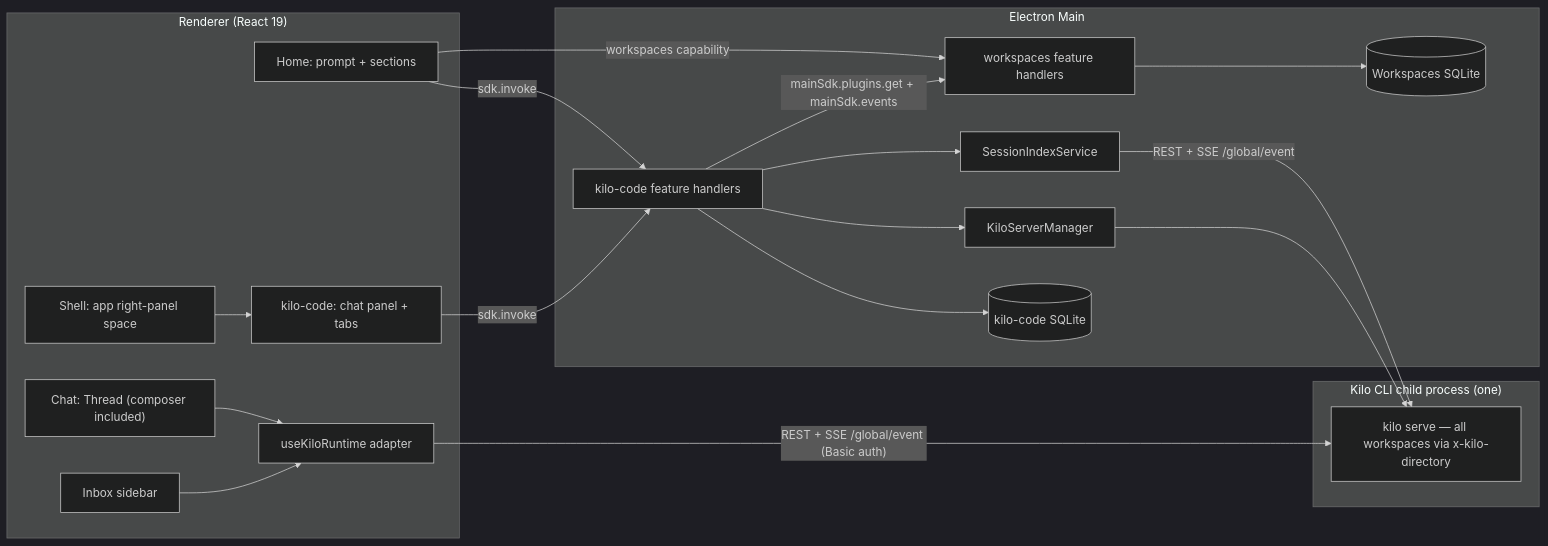
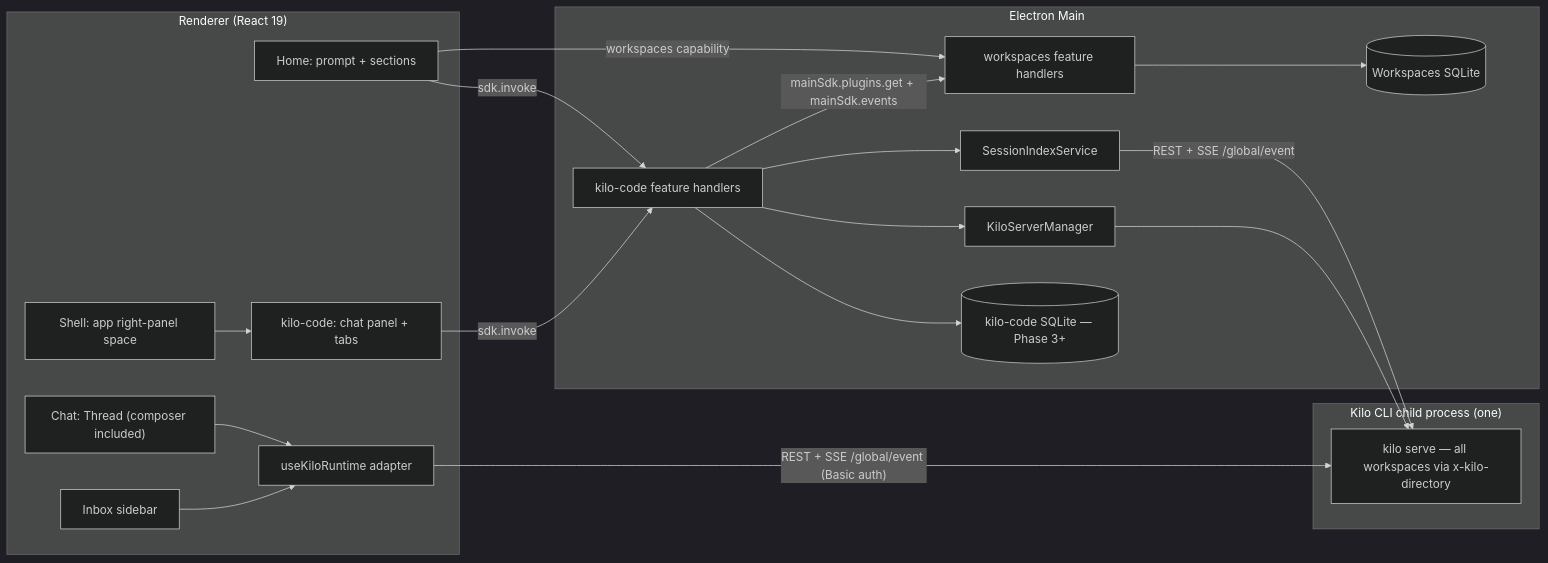
Before and after one commit to Kilo-Org/kilo-desktop: the first of 2 diagrams in docs/kilo-code-integration.md, drawn with Mermaid (dark theme). The commit also changed other lines of this file and 27 other files, not shown here.

Commit message:
Bundle and start the Kilo Code server

````diff
--- a/docs/kilo-code-integration.md
+++ b/docs/kilo-code-integration.md
@@ -68,36 +78,36 @@
 ```mermaid
 flowchart LR
   subgraph renderer ["Renderer (React 19)"]
     HomeUI["Home: prompt + sections"]
     ChatUI["Chat: Thread (composer included)"]
     SidebarUI["Inbox sidebar"]
     PanelSlot["Shell: app right-panel space"]
     ChatPanelUI["kilo-code: chat panel + tabs"]
     KiloRuntime["useKiloRuntime adapter"]
   end
   subgraph main ["Electron Main"]
     WsFeature["workspaces feature handlers"]
     WsDB[("Workspaces SQLite")]
     KiloFeature["kilo-code feature handlers"]
     ServerMgr["KiloServerManager"]
     SessionIndex["SessionIndexService"]
-    DB[("kilo-code SQLite")]
+    DB[("kilo-code SQLite — Phase 3+")]
   end
   subgraph kilo ["Kilo CLI child process (one)"]
     Srv["kilo serve — all workspaces via x-kilo-directory"]
   end
   ChatUI --> KiloRuntime
   SidebarUI --> KiloRuntime
   KiloRuntime -->|"REST + SSE /global/event (Basic auth)"| Srv
   HomeUI -->|"sdk.invoke"| KiloFeature
   HomeUI -->|"workspaces capability"| WsFeature
   PanelSlot --> ChatPanelUI
   ChatPanelUI -->|"sdk.invoke"| KiloFeature
   KiloFeature -->|"mainSdk.plugins.get + mainSdk.events"| WsFeature
   KiloFeature --> ServerMgr
   KiloFeature --> SessionIndex
   SessionIndex -->|"REST + SSE /global/event"| Srv
   KiloFeature --> DB
   WsFeature --> WsDB
   ServerMgr --> Srv
 ```
````
